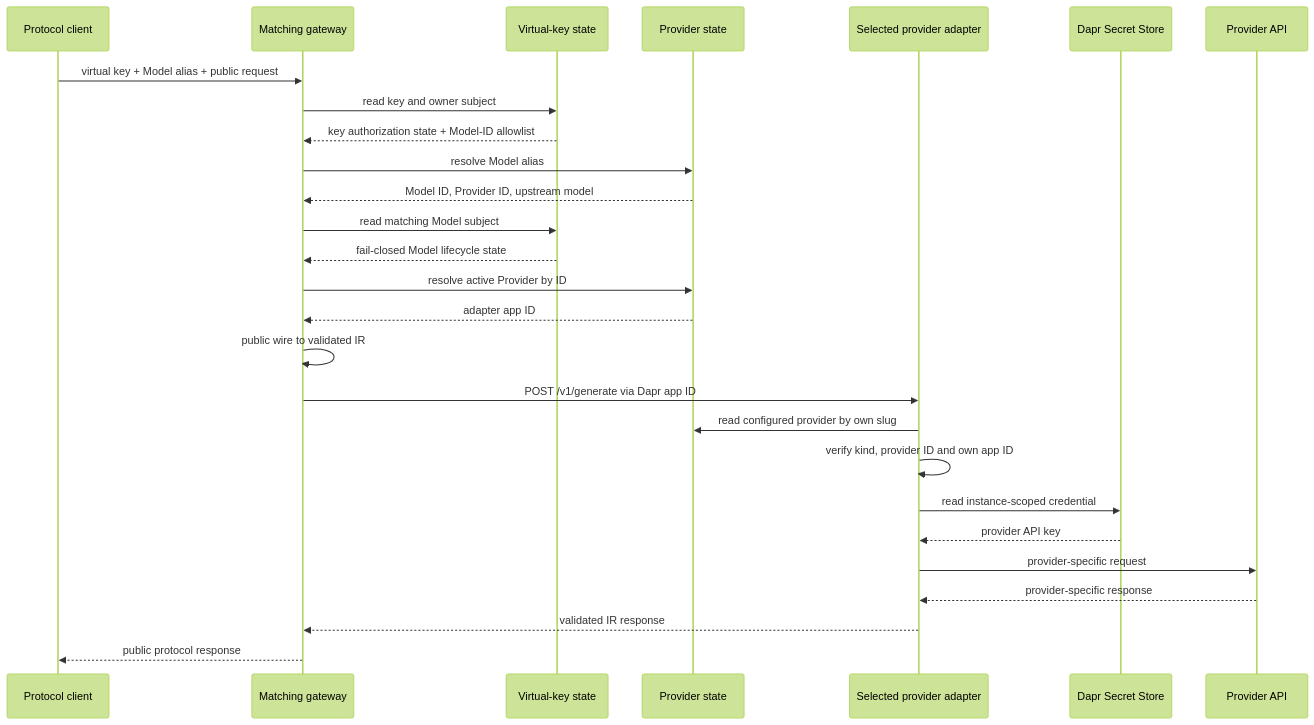
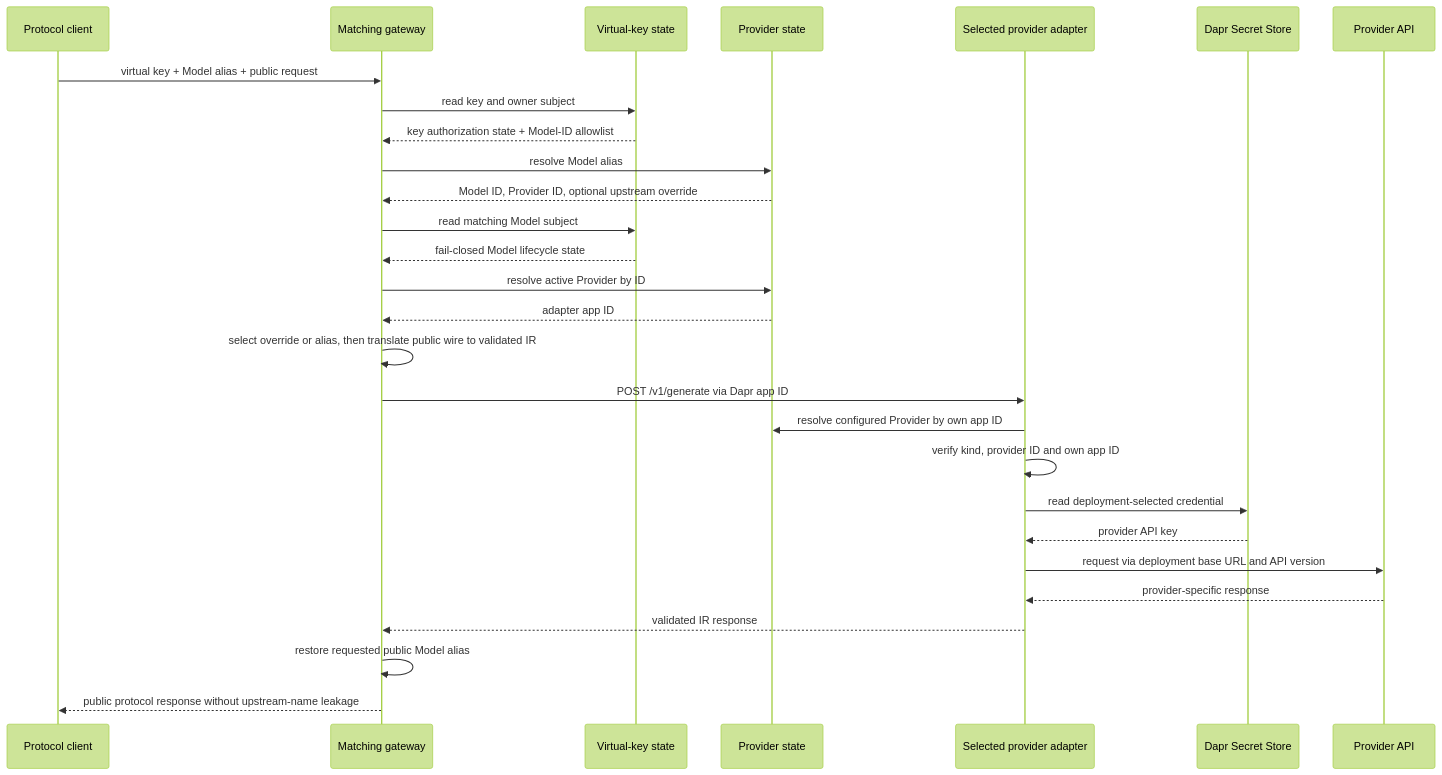
The diagram in docs/architecture.md (Albe83/gwai), drawn with Mermaid (forest theme) before and after one commit. The commit also changed other lines of this file and 52 other files, not shown here.

````diff
--- a/docs/architecture.md
+++ b/docs/architecture.md
@@ -48,30 +52,31 @@
 ```mermaid
 sequenceDiagram
     participant C as Protocol client
     participant G as Matching gateway
     participant K as Virtual-key state
     participant R as Provider state
     participant A as Selected provider adapter
     participant D as Dapr Secret Store
     participant P as Provider API
 
     C->>G: virtual key + Model alias + public request
     G->>K: read key and owner subject
     K-->>G: key authorization state + Model-ID allowlist
     G->>R: resolve Model alias
-    R-->>G: Model ID, Provider ID, upstream model
+    R-->>G: Model ID, Provider ID, optional upstream override
     G->>K: read matching Model subject
     K-->>G: fail-closed Model lifecycle state
     G->>R: resolve active Provider by ID
     R-->>G: adapter app ID
-    G->>G: public wire to validated IR
+    G->>G: select override or alias, then translate public wire to validated IR
     G->>A: POST /v1/generate via Dapr app ID
-    A->>R: read configured provider by own slug
+    A->>R: resolve configured Provider by own app ID
     A->>A: verify kind, provider ID and own app ID
-    A->>D: read instance-scoped credential
+    A->>D: read deployment-selected credential
     D-->>A: provider API key
-    A->>P: provider-specific request
+    A->>P: request via deployment base URL and API version
     P-->>A: provider-specific response
     A-->>G: validated IR response
-    G-->>C: public protocol response
+    G->>G: restore requested public Model alias
+    G-->>C: public protocol response without upstream-name leakage
 ```
````
